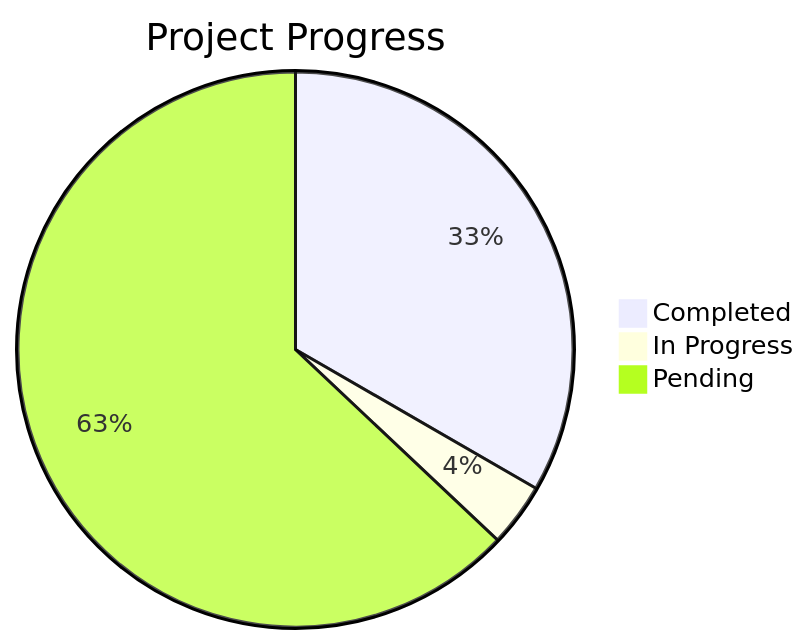
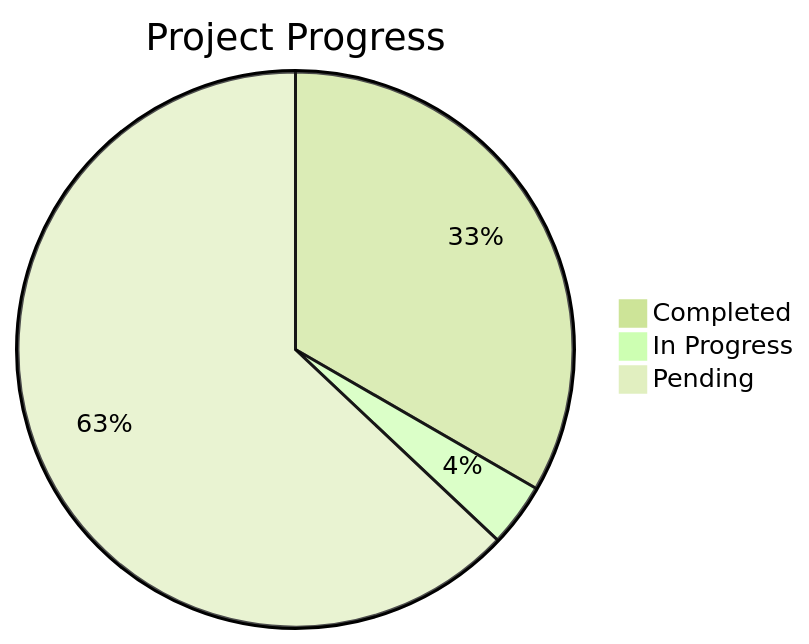
Before and after one commit to farzamsh/FineIllDoItMySelf: the diagram in README.md, drawn with Mermaid.

Commit message:
trying more things in readme

````diff
--- a/README.md
+++ b/README.md
@@ -217,6 +217,7 @@
 ```mermaid
+%%{init: {'theme': 'forest'}}%%
 pie title Project Progress
     "Completed" : 9
     "In Progress" : 1
     "Pending" : 17
 ```
````
